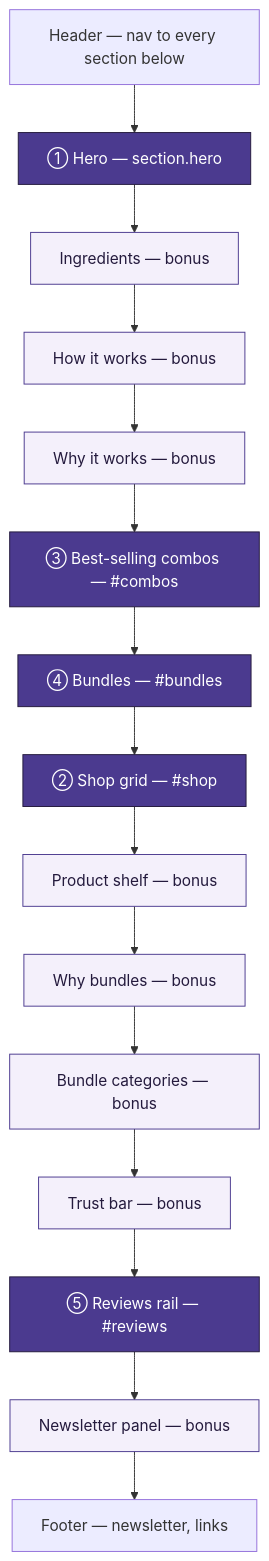
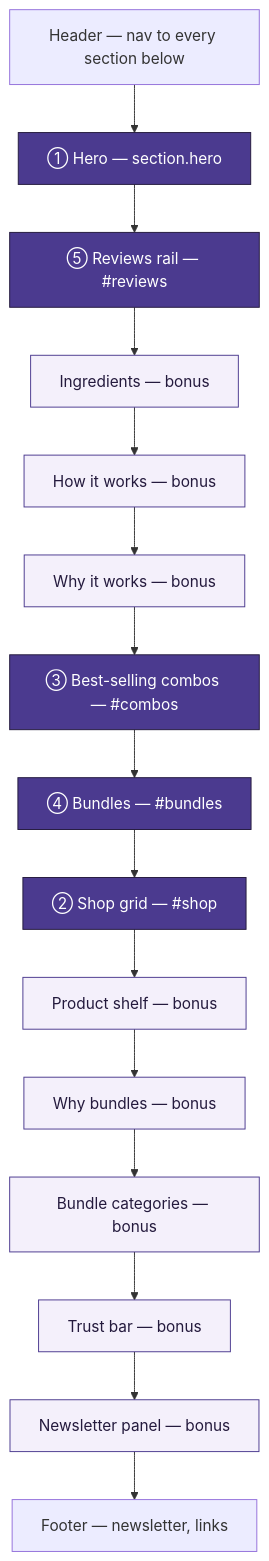
The first of 2 diagrams in README.md (cnniranjan72/purelane), drawn with Mermaid before and after one commit. The commit also changed other lines of this file and 13 other files, not shown here.

````diff
--- a/README.md
+++ b/README.md
@@ -18,25 +18,25 @@
 ```mermaid
 flowchart TD
     Header["Header — nav to every section below"]
     Hero["① Hero — section.hero"]
     Ing["Ingredients — bonus"]
     How["How it works — bonus"]
     Why["Why it works — bonus"]
     Combos["③ Best-selling combos — #combos"]
     Bundles["④ Bundles — #bundles"]
     Shop["② Shop grid — #shop"]
     Shelf["Product shelf — bonus"]
     WhyB["Why bundles — bonus"]
     Cats["Bundle categories — bonus"]
     Trust["Trust bar — bonus"]
     Reviews["⑤ Reviews rail — #reviews"]
     News["Newsletter panel — bonus"]
     Footer["Footer — newsletter, links"]
 
-    Header --> Hero --> Ing --> How --> Why --> Combos --> Bundles --> Shop --> Shelf --> WhyB --> Cats --> Trust --> Reviews --> News --> Footer
+    Header --> Hero --> Reviews --> Ing --> How --> Why --> Combos --> Bundles --> Shop --> Shelf --> WhyB --> Cats --> Trust --> News --> Footer
 
     classDef required fill:#4B3A8F,color:#fff,stroke:#241A3D
     classDef bonus fill:#F4F0FB,color:#241A3D,stroke:#4B3A8F
     class Hero,Shop,Combos,Bundles,Reviews required
     class Ing,How,Why,Shelf,WhyB,Cats,Trust,News bonus
 ```
````
